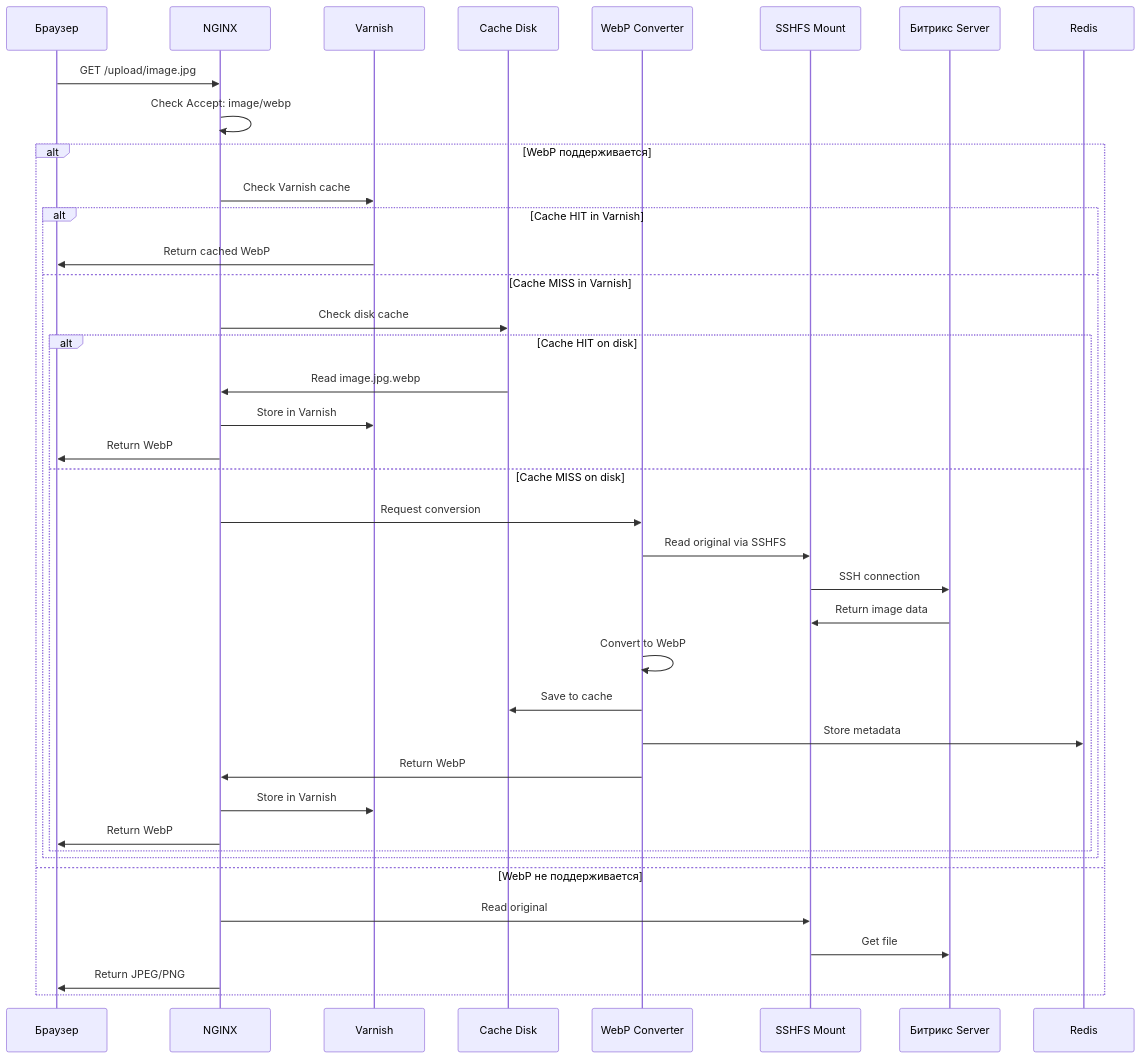
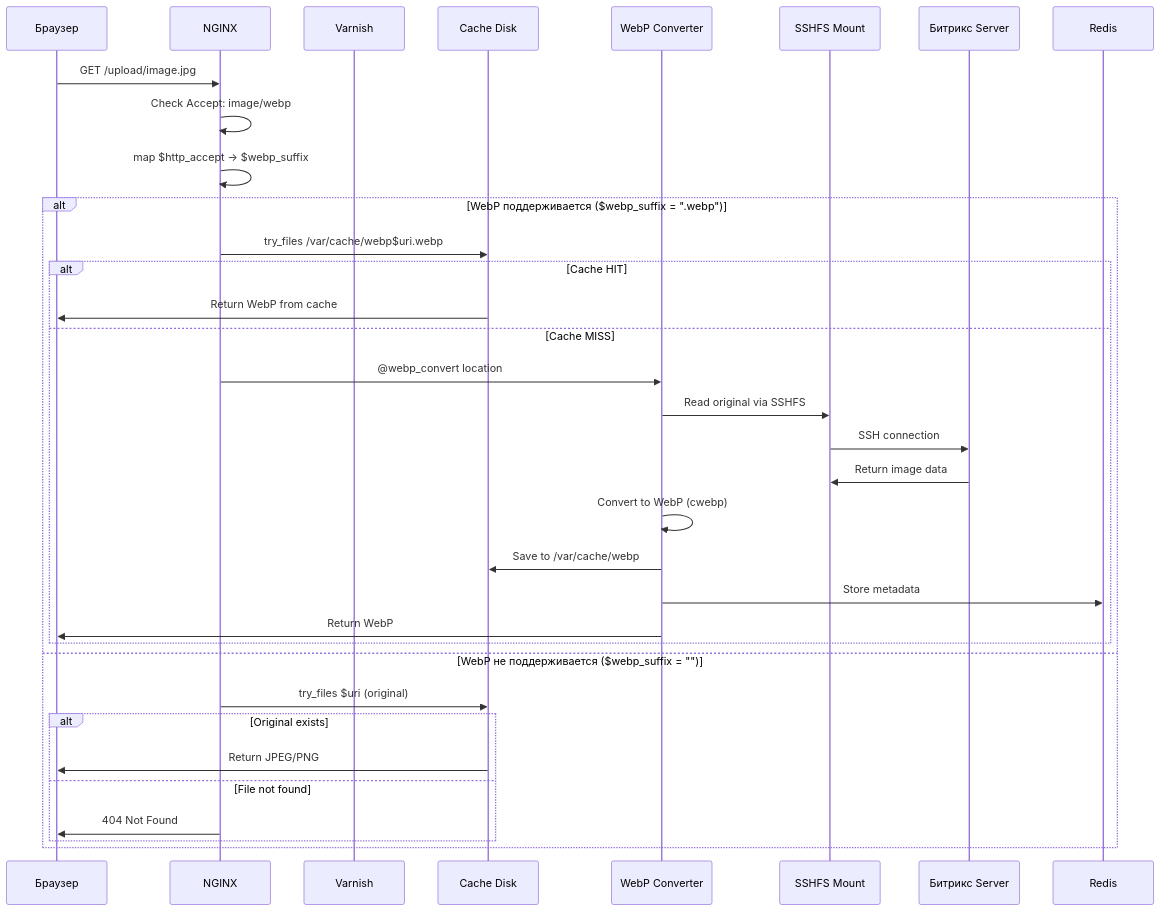
The first of 3 diagrams in docs/DATA_FLOW.md (AAChibilyaev/bitrix-cdn-server), drawn with Mermaid before and after one commit. The commit also changed other lines of this file and 35 other files, not shown here.

````diff
--- a/docs/DATA_FLOW.md
+++ b/docs/DATA_FLOW.md
@@ -13,43 +15,39 @@
 ```mermaid
 sequenceDiagram
     participant U as Браузер
     participant N as NGINX
     participant V as Varnish
     participant C as Cache Disk
     participant W as WebP Converter
     participant S as SSHFS Mount
     participant B as Битрикс Server
     participant R as Redis
 
     U->>N: GET /upload/image.jpg
     N->>N: Check Accept: image/webp
     
-    alt WebP поддерживается
-        N->>V: Check Varnish cache
-        alt Cache HIT in Varnish
-            V->>U: Return cached WebP
-        else Cache MISS in Varnish
-            N->>C: Check disk cache
-            alt Cache HIT on disk
-                C->>N: Read image.jpg.webp
-                N->>V: Store in Varnish
-                N->>U: Return WebP
-            else Cache MISS on disk
-                N->>W: Request conversion
-                W->>S: Read original via SSHFS
-                S->>B: SSH connection
-                B->>S: Return image data
-                W->>W: Convert to WebP
-                W->>C: Save to cache
-                W->>R: Store metadata
-                W->>N: Return WebP
-                N->>V: Store in Varnish
-                N->>U: Return WebP
-            end
+    N->>N: map $http_accept -> $webp_suffix
+    
+    alt WebP поддерживается ($webp_suffix = ".webp")
+        N->>C: try_files /var/cache/webp$uri.webp
+        alt Cache HIT
+            C->>U: Return WebP from cache
+        else Cache MISS
+            N->>W: @webp_convert location
+            W->>S: Read original via SSHFS
+            S->>B: SSH connection
+            B->>S: Return image data
+            W->>W: Convert to WebP (cwebp)
+            W->>C: Save to /var/cache/webp
+            W->>R: Store metadata
+            W->>U: Return WebP
         end
-    else WebP не поддерживается
-        N->>S: Read original
-        S->>B: Get file
-        N->>U: Return JPEG/PNG
+    else WebP не поддерживается ($webp_suffix = "")
+        N->>C: try_files $uri (original)
+        alt Original exists
+            C->>U: Return JPEG/PNG
+        else File not found
+            N->>U: 404 Not Found
+        end
     end
 ```
````
